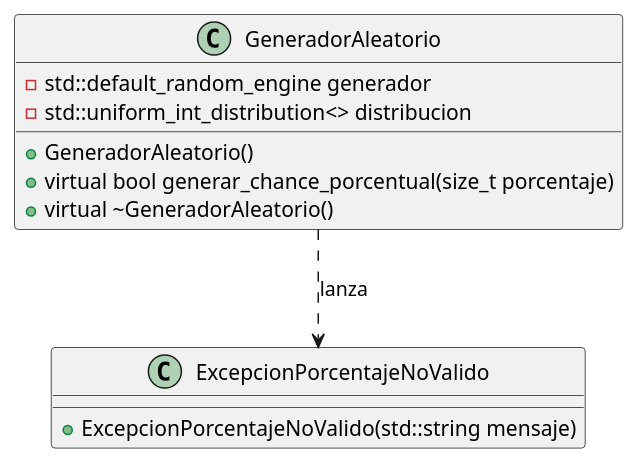
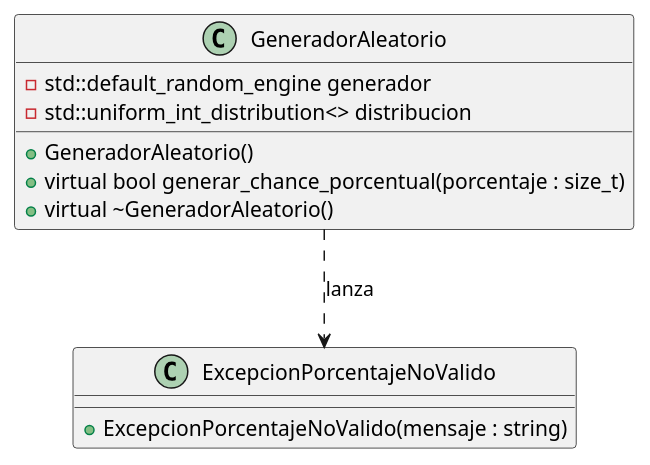
One commit to guillsil/Transformers-Game changed the diagram in Diagramas-UML/GeneradorAleatorio.puml. Above: the diagram before and after it, drawn with PlantUML. The commit also changed 15 other files, not shown here.

Commit message:
Refactor: adapto los uml ya que los mismo con los atributos primero va el nombre y luego el tipo.

```diff
--- a/Diagramas-UML/GeneradorAleatorio.puml
+++ b/Diagramas-UML/GeneradorAleatorio.puml
@@ -1,20 +1,20 @@
 @startuml
 'https://plantuml.com/class-diagram
 class GeneradorAleatorio {
     - std::default_random_engine generador
     - std::uniform_int_distribution<> distribucion
 
     + GeneradorAleatorio()
-    + virtual bool generar_chance_porcentual(size_t porcentaje)
+    + virtual bool generar_chance_porcentual(porcentaje : size_t)
     + virtual ~GeneradorAleatorio()
 }
 
 class ExcepcionPorcentajeNoValido {
-    + ExcepcionPorcentajeNoValido(std::string mensaje)
+    + ExcepcionPorcentajeNoValido(mensaje : string)
 }
 
 ' Relaciones
 GeneradorAleatorio ..> ExcepcionPorcentajeNoValido : "lanza"
 
 
 @enduml
```
